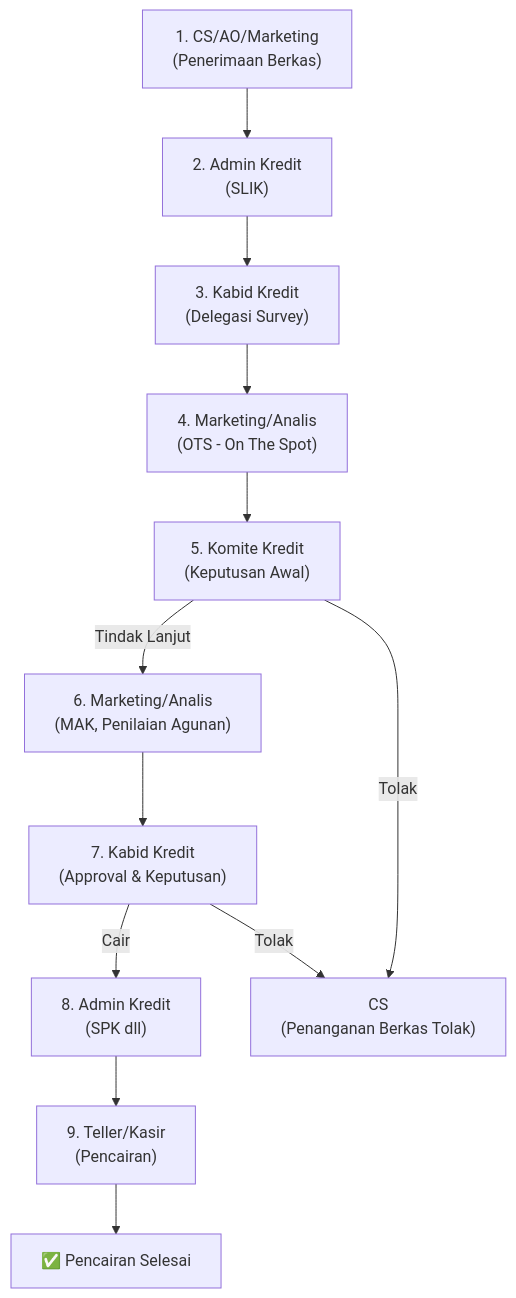
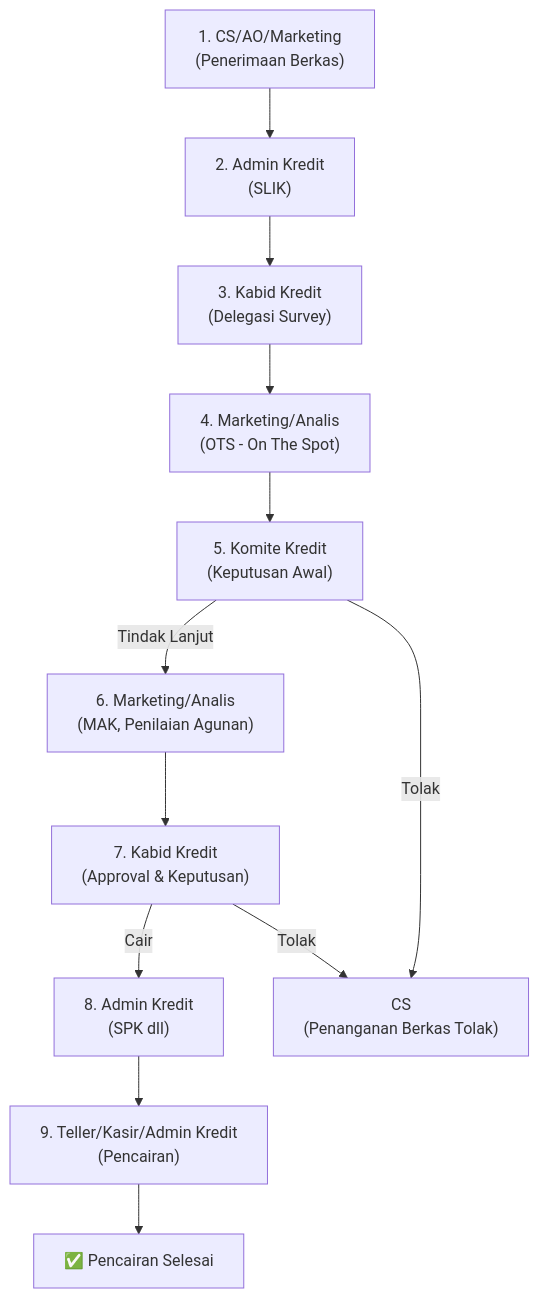
Before and after one commit to muzzf16/portal-sdmnext: the diagram in docs/Monitoring berks kredit plan.md, drawn with Mermaid. The commit also changed other lines of this file and 19 other files, not shown here.

````diff
--- a/docs/Monitoring berks kredit plan.md
+++ b/docs/Monitoring berks kredit plan.md
@@ -11,25 +11,25 @@
 ```mermaid
 flowchart TD
     S1["1. CS/AO/Marketing\n(Penerimaan Berkas)"]
     S2["2. Admin Kredit\n(SLIK)"]
     S3["3. Kabid Kredit\n(Delegasi Survey)"]
     S4["4. Marketing/Analis\n(OTS - On The Spot)"]
     S5["5. Komite Kredit\n(Keputusan Awal)"]
     S6["6. Marketing/Analis\n(MAK, Penilaian Agunan)"]
     S7["7. Kabid Kredit\n(Approval & Keputusan)"]
     S9["8. Admin Kredit\n(SPK dll)"]
-    S10["9. Teller/Kasir\n(Pencairan)"]
+    S10["9. Teller/Kasir/Admin Kredit\n(Pencairan)"]
     TOLAK_CS["CS\n(Penanganan Berkas Tolak)"]
 
     S1 --> S2
     S2 --> S3
     S3 --> S4
     S4 --> S5
     S5 -- "Tindak Lanjut" --> S6
     S5 -- "Tolak" --> TOLAK_CS
     S6 --> S7
     S7 -- "Cair" --> S9
     S7 -- "Tolak" --> TOLAK_CS
     S9 --> S10
     S10 --> SELESAI["✅ Pencairan Selesai"]
 ```
````
